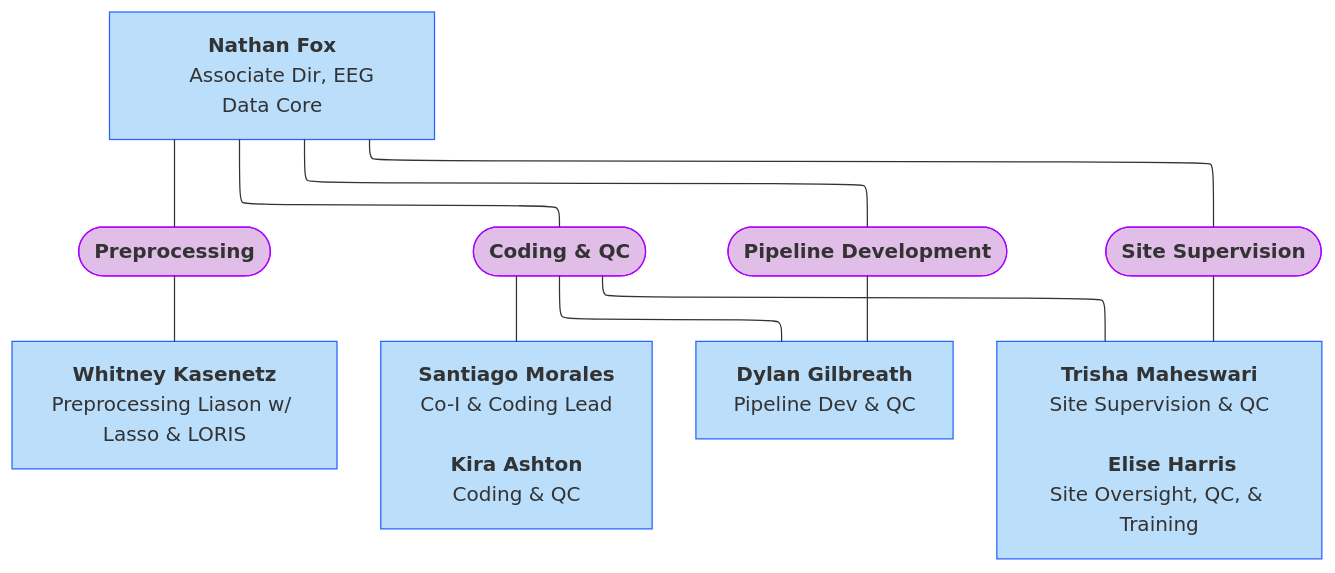
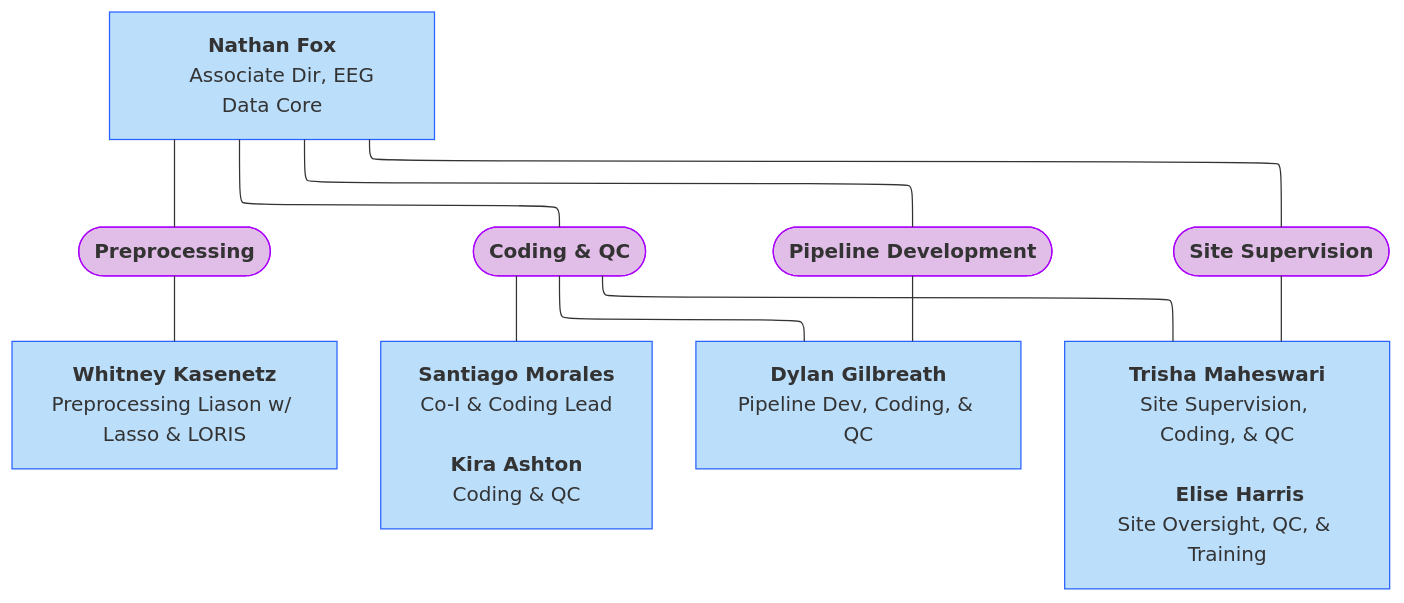
Before and after one commit to DCAN-Labs/hbcd-docs-internal: the fifth of 10 diagrams in docs/orgcharts.md, drawn with Mermaid.

Commit message:
update alt EEG chart

````diff
--- a/docs/orgcharts.md
+++ b/docs/orgcharts.md
@@ -247,24 +247,24 @@
 ```mermaid
 ---
 config:
   layout: elk
 ---
 flowchart TB
     n16["<b>Nathan Fox</b>
     Associate Dir, EEG Data Core"] --- n17(["<b>Preprocessing</b>"]) & n19(["<b>Coding &amp; QC</b>"]) & n21(["<b>Pipeline Development</b>"]) & n29(["<b>Site Supervision</b>"])
     n17 --- n18["<b>Whitney Kasenetz</b><br>Preprocessing Liason w/ Lasso &amp; LORIS"]
     n19 --- n27["<b>Santiago Morales</b><br>Co-I &amp; Coding Lead<br>
-    <b>Kira Ashton</b><br>Coding &amp; QC"] & n28["<b>Dylan Gilbreath</b><br>Pipeline Dev &amp; QC"] & n30["<b>Trisha Maheswari</b><br>Site Supervision &amp; QC<br>
+    <b>Kira Ashton</b><br>Coding &amp; QC"] & n28["<b>Dylan Gilbreath</b><br>Pipeline Dev, Coding, &amp; QC"] & n30["<b>Trisha Maheswari</b><br>Site Supervision, Coding, &amp; QC<br>
     <b>Elise Harris<br></b>Site Oversight, QC, &amp; Training"]
     n21 --- n28
     n29 --- n30
     style n16 fill:#BBDEFB,stroke:#2962FF
     style n17 fill:#E1BEE7,stroke:#AA00FF
     style n19 fill:#E1BEE7,stroke:#AA00FF
     style n21 fill:#E1BEE7,stroke:#AA00FF
     style n29 fill:#E1BEE7,stroke:#AA00FF
     style n18 fill:#BBDEFB,stroke:#2962FF
     style n27 fill:#BBDEFB,stroke:#2962FF
     style n28 fill:#BBDEFB,stroke:#2962FF
     style n30 fill:#BBDEFB,stroke:#2962FF
 ```
````
